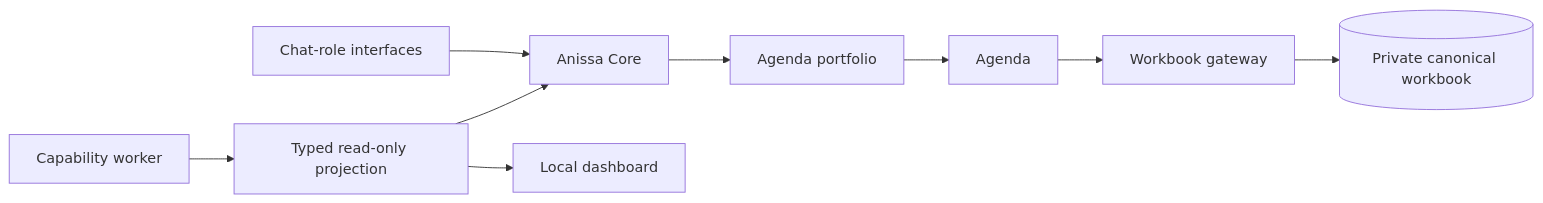
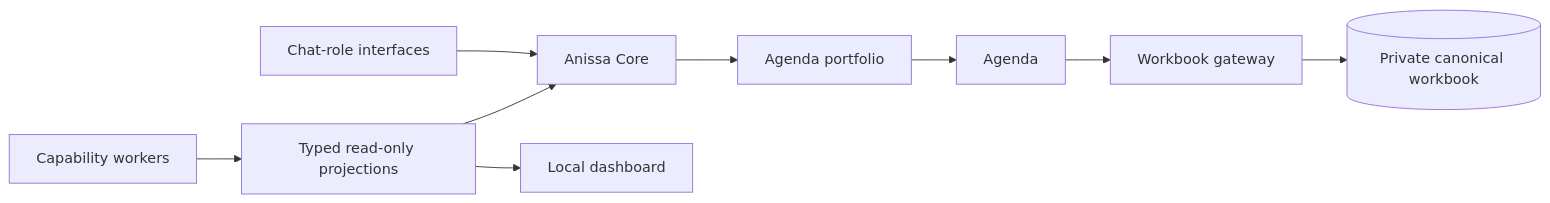
One commit to goutham-1902/project-anissa changed the first of 2 diagrams in README.md. Above: the diagram before and after it, drawn with Mermaid. The commit also changed other lines of this file and 44 other files, not shown here.

Commit message:
release: publish Thula and Lucan worker architecture

````diff
--- a/README.md
+++ b/README.md
@@ -10,11 +10,11 @@
 ```mermaid
 flowchart LR
     Roles[Chat-role interfaces] --> Core[Anissa Core]
     Core --> Portfolio[Agenda portfolio]
     Portfolio --> Agenda[Agenda]
     Agenda --> Gateway[Workbook gateway]
     Gateway --> Brain[(Private canonical workbook)]
-    Worker[Capability worker] --> Projection[Typed read-only projection]
+    Workers[Capability workers] --> Projection[Typed read-only projections]
     Projection --> Core
     Projection --> Dashboard[Local dashboard]
 ```
````
